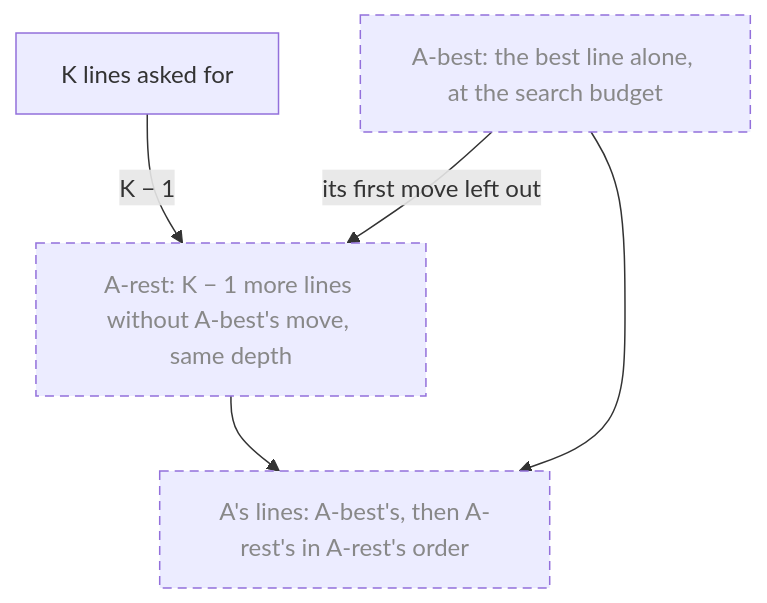
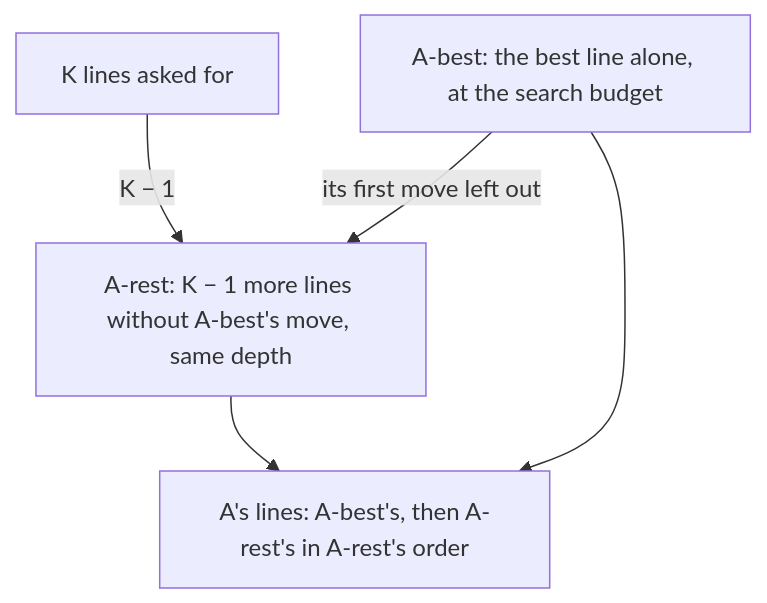
One commit to aurja/ChessWhy changed diagram 14 of 26 in Planning/DBC/CONCEPTS.md. Above: the diagram before and after it, drawn with Mermaid. The commit also changed other lines of this file and 3 other files, not shown here.

````diff
--- a/Planning/DBC/CONCEPTS.md
+++ b/Planning/DBC/CONCEPTS.md
@@ -758,14 +750,13 @@
 ```mermaid
 flowchart TD
     SaWidth["K lines asked for"]
     SaBest["A-best: the best line alone, at the search budget"]
     SaOthers["A-rest: K − 1 more lines without A-best's move, same depth"]
     SaOrder["A's lines: A-best's, then A-rest's in A-rest's order"]
     SaWidth -->|K − 1| SaOthers
     SaBest -->|its first move left out| SaOthers
     SaBest & SaOthers --> SaOrder
     classDef planned stroke-dasharray:6 4,color:#888
     classDef partial stroke-dasharray:2 2
     classDef external stroke-dasharray:1 3,color:#999
-    class SaBest,SaOthers,SaOrder planned
 ```
````
